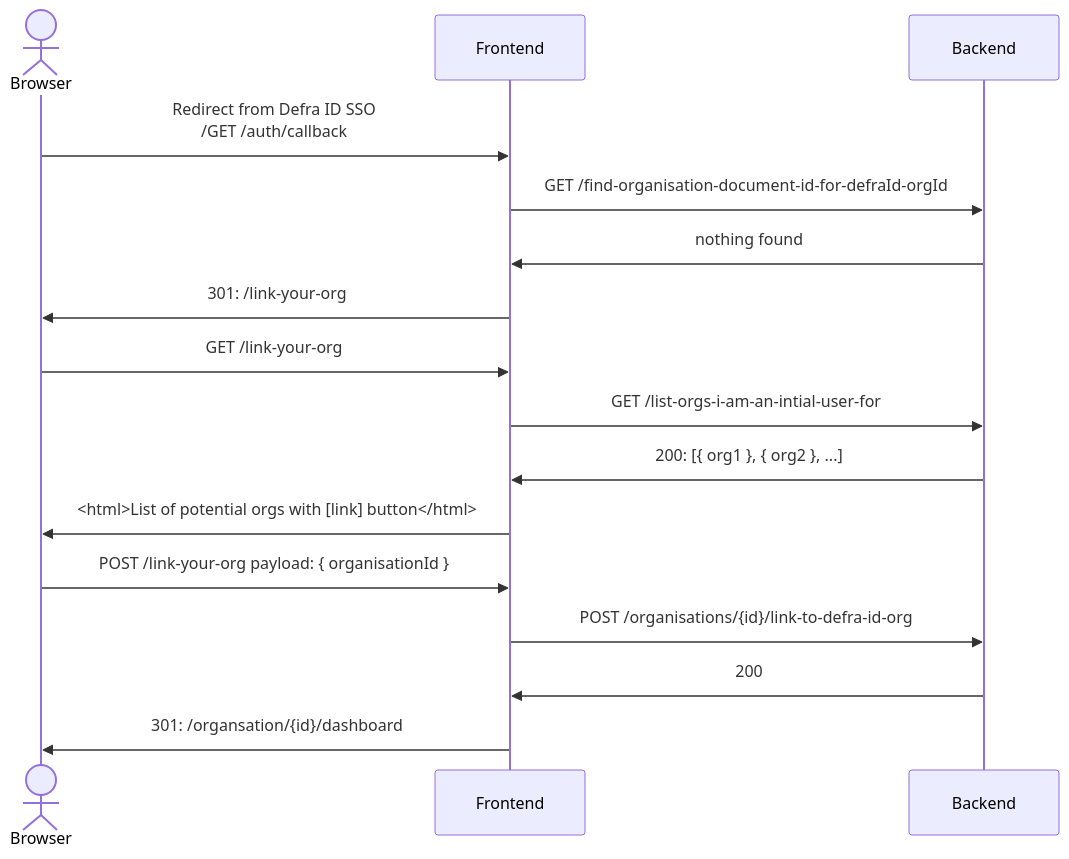
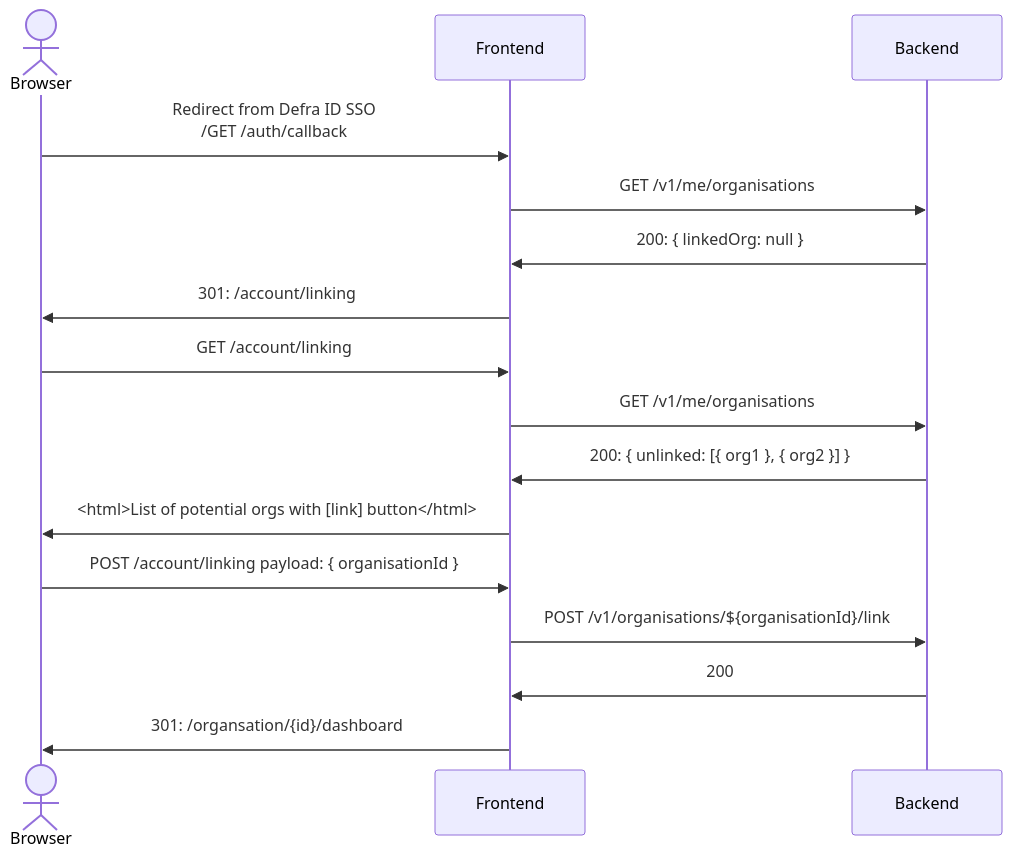
One commit to DEFRA/epr-re-ex-service changed the second of 2 diagrams in docs/tmp-simplification-proposal.md. Above: the diagram before and after it, drawn with Mermaid. The commit also changed other lines of this file, not shown here.

````diff
--- a/docs/tmp-simplification-proposal.md
+++ b/docs/tmp-simplification-proposal.md
@@ -36,21 +37,21 @@
 ```mermaid
 
 sequenceDiagram
 actor Browser
 participant Frontend
 participant Backend
 
 Browser->>Frontend: Redirect from Defra ID SSO<br/>/GET /auth/callback
-Frontend->>Backend: GET /find-organisation-document-id-for-defraId-orgId
-Backend->>Frontend: nothing found
-Frontend->>Browser: 301: /link-your-org
-Browser->>Frontend: GET /link-your-org
-Frontend->>Backend: GET /list-orgs-i-am-an-intial-user-for
-Backend->>Frontend: 200: [{ org1 }, { org2 }, ...]
+Frontend->>Backend: GET /v1/me/organisations
+Backend->>Frontend: 200: { linkedOrg: null }
+Frontend->>Browser: 301: /account/linking
+Browser->>Frontend: GET /account/linking
+Frontend->>Backend: GET /v1/me/organisations
+Backend->>Frontend: 200: { unlinked: [{ org1 }, { org2 }] }
 Frontend->>Browser: <html>List of potential orgs with [link] button</html>
-Browser->>Frontend: POST /link-your-org payload: { organisationId }
-Frontend->>Backend: POST /organisations/{id}/link-to-defra-id-org
+Browser->>Frontend: POST /account/linking payload: { organisationId }
+Frontend->>Backend: POST /v1/organisations/${organisationId}/link
 Backend->>Frontend: 200
 Frontend->>Browser: 301: /organsation/{id}/dashboard
 
 ```
````
